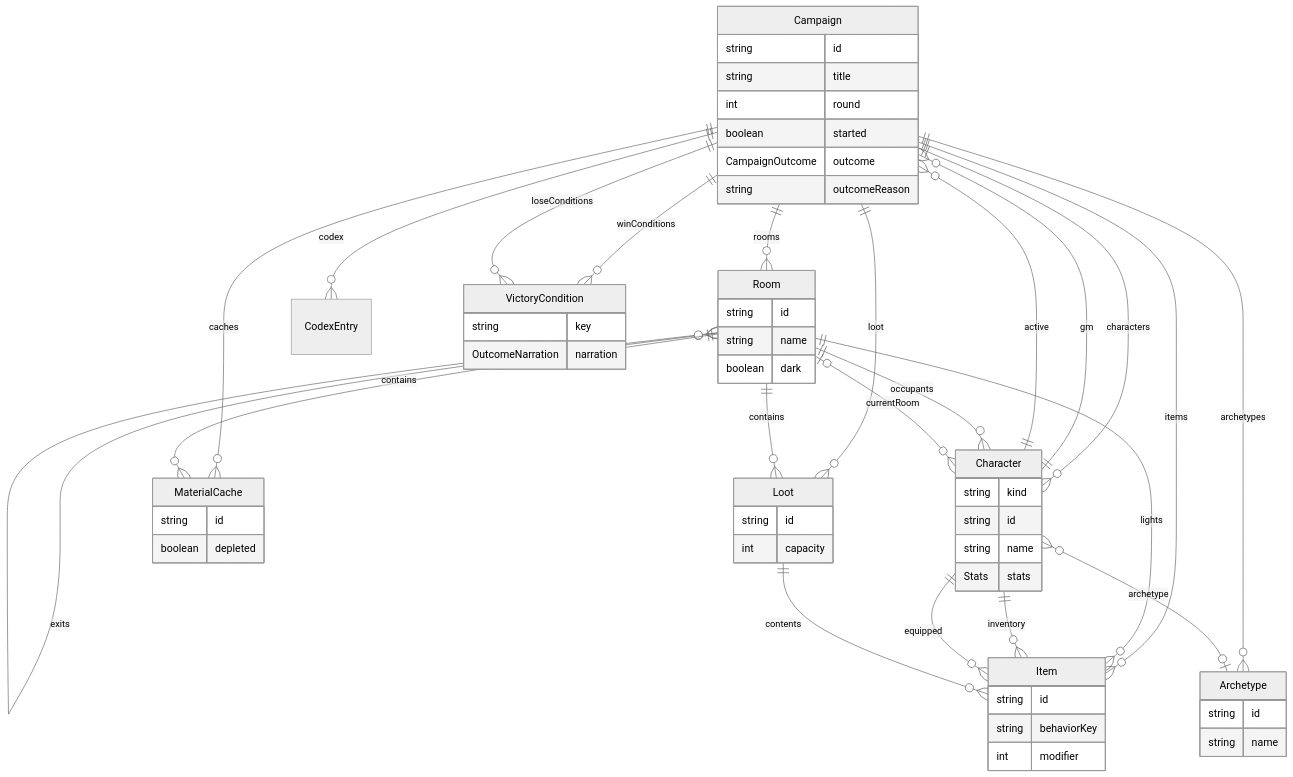
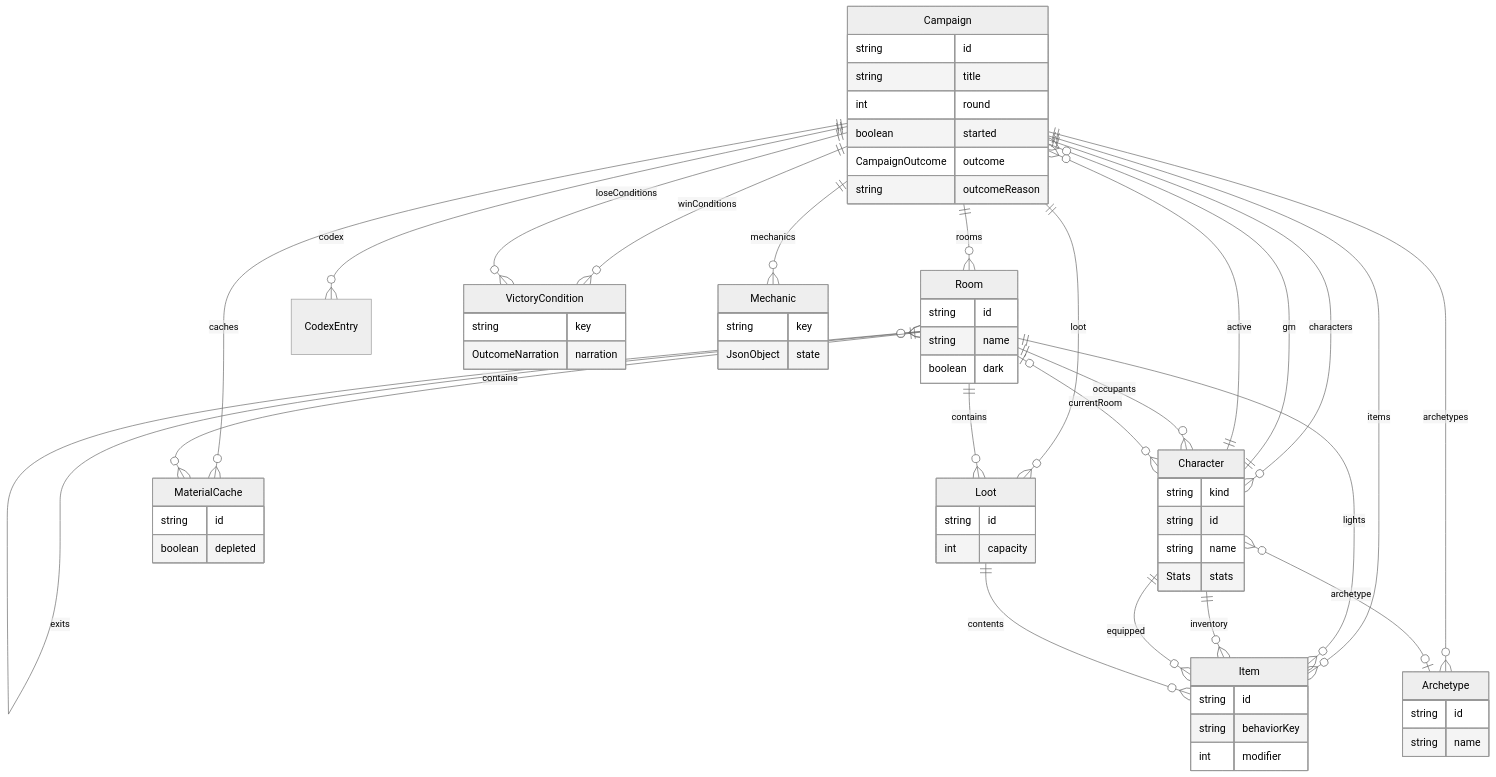
Before and after one commit to daniel0mullins/WickedWays: the second of 2 diagrams in docs-site/guide/data-model.md, drawn with Mermaid (neutral theme). The commit also changed other lines of this file and 6 other files, not shown here.

````diff
--- a/docs-site/guide/data-model.md
+++ b/docs-site/guide/data-model.md
@@ -136,68 +146,73 @@
 ```mermaid
 erDiagram
     Campaign ||--o{ Room : rooms
     Campaign ||--o{ Character : characters
     Campaign ||--o{ Item : items
     Campaign ||--o{ Loot : loot
     Campaign ||--o{ MaterialCache : caches
     Campaign ||--o{ CodexEntry : codex
     Campaign ||--o{ Archetype : archetypes
     Campaign }o--|| Character : gm
     Campaign }o--|| Character : active
     Campaign ||--o{ VictoryCondition : "winConditions"
     Campaign ||--o{ VictoryCondition : "loseConditions"
+    Campaign ||--o{ Mechanic : mechanics
 
     Room }o--o{ Room : exits
     Room ||--o{ Character : occupants
     Room ||--o{ Loot : contains
     Room ||--o{ MaterialCache : contains
     Room ||--o{ Item : lights
 
     Character }o--o| Room : currentRoom
     Character ||--o{ Item : inventory
     Character ||--o{ Item : equipped
     Character }o--o| Archetype : archetype
 
     Loot ||--o{ Item : contents
 
     Campaign {
         string id
         string title
         int round
         boolean started
         CampaignOutcome outcome
         string outcomeReason
     }
     Room {
         string id
         string name
         boolean dark
     }
     Character {
         string kind
         string id
         string name
         Stats stats
     }
     Item {
         string id
         string behaviorKey
         int modifier
     }
     Loot {
         string id
         int capacity
     }
     MaterialCache {
         string id
         boolean depleted
     }
     Archetype {
         string id
         string name
     }
     VictoryCondition {
         string key
         OutcomeNarration narration
     }
+    Mechanic {
+        string key
+        JsonObject state
+    }
 ```
````
